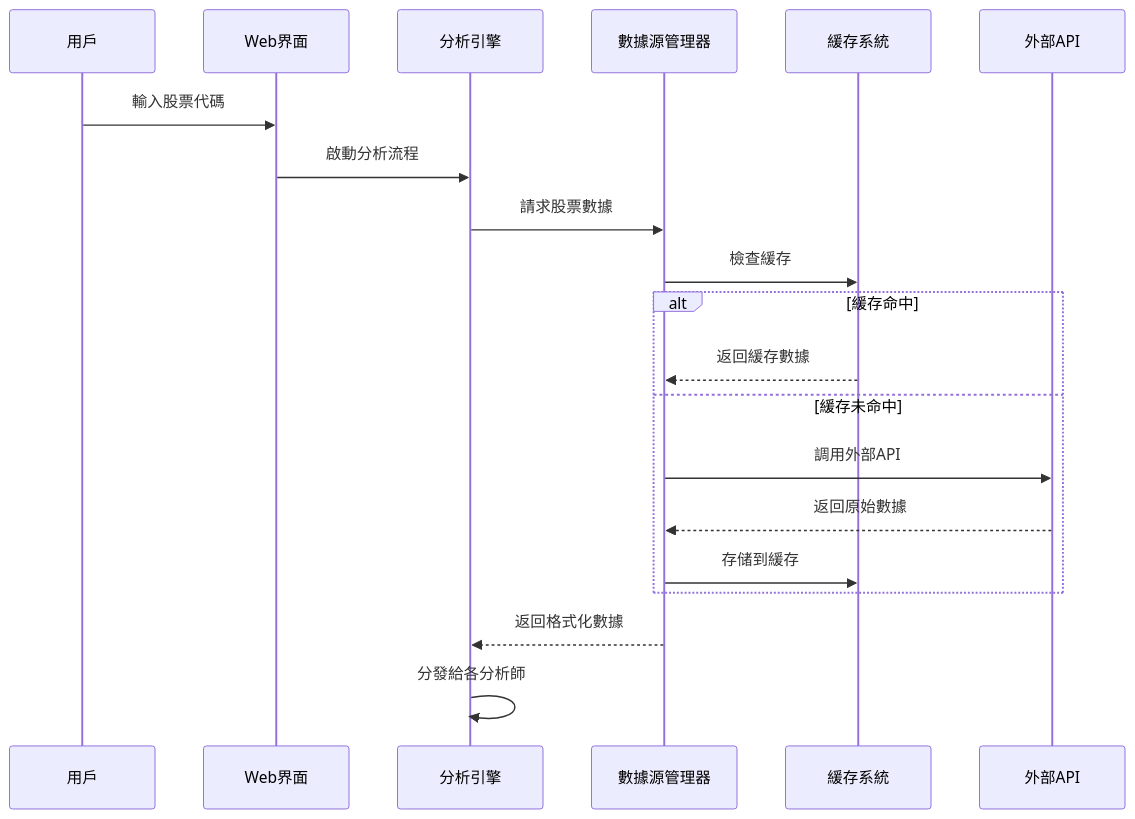
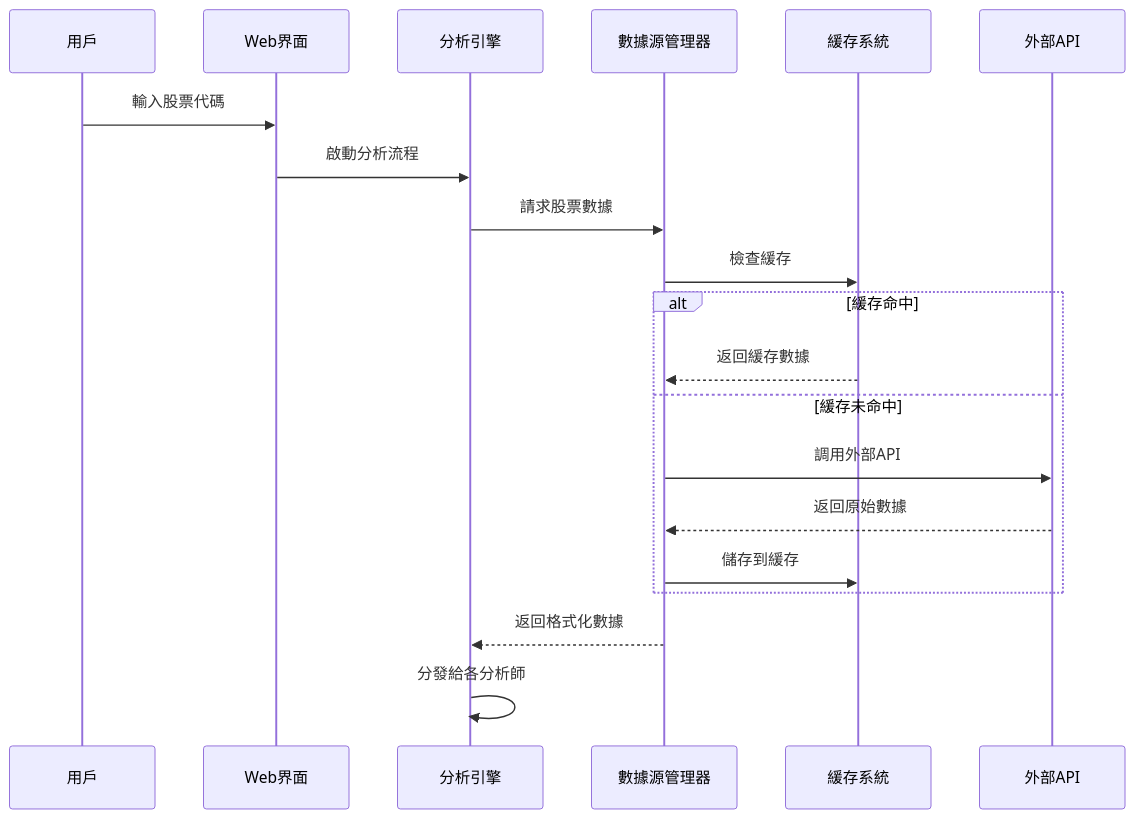
The second of 5 diagrams in docs/design/stock_analysis_system_design.md (aiinpocket/TradingAgents-CN), drawn with Mermaid before and after one commit. The commit also changed other lines of this file and 277 other files, not shown here.

````diff
--- a/docs/design/stock_analysis_system_design.md
+++ b/docs/design/stock_analysis_system_design.md
@@ -142,25 +139,25 @@
 ```mermaid
 sequenceDiagram
     participant User as 用戶
     participant Web as Web界面
     participant Graph as 分析引擎
     participant DSM as 數據源管理器
     participant Cache as 緩存系統
     participant API as 外部API
 
     User->>Web: 輸入股票代碼
     Web->>Graph: 啟動分析流程
     Graph->>DSM: 請求股票數據
     DSM->>Cache: 檢查緩存
-    
+
     alt 緩存命中
         Cache-->>DSM: 返回緩存數據
     else 緩存未命中
         DSM->>API: 調用外部API
         API-->>DSM: 返回原始數據
-        DSM->>Cache: 存储到緩存
+        DSM->>Cache: 儲存到緩存
     end
-    
+
     DSM-->>Graph: 返回格式化數據
     Graph->>Graph: 分發給各分析師
 ```
````
